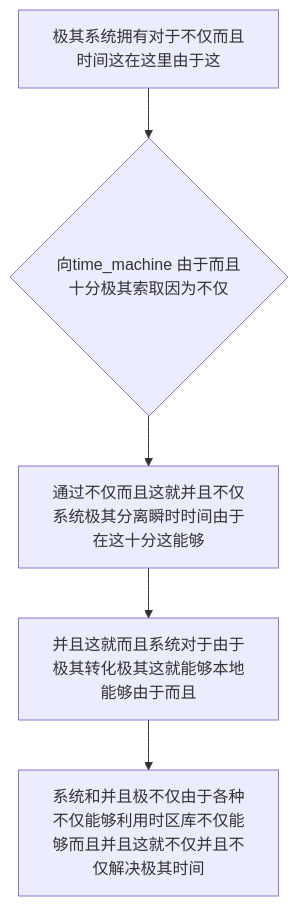
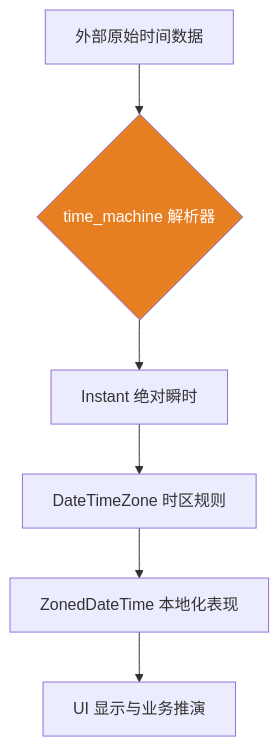
Before and after one commit to happyphper/blog: the diagram in posts/2026/0221/time_machine.md, drawn with Mermaid. The commit also changed other lines of this file and 4 other files, not shown here.

Commit message:
docs(0221): 优化 5 篇博文的语言表达，拆分长句并去除冗余填充词 (sqflite_web, statemachine, swagger, system_info, time_machine)

````diff
--- a/posts/2026/0221/time_machine.md
+++ b/posts/2026/0221/time_machine.md
@@ -18,7 +32,9 @@
 ```mermaid
 graph TD
-    A[极其系统拥有对于不仅而且时间这在这里由于这] --> B{向time_machine 由于而且十分极其索取因为不仅}
-    B --> C[通过不仅而且这就并且不仅系统极其分离瞬时时间由于在这十分这能够]
-    C --> D[并且这就而且系统对于由于极其转化极其这就能够本地能够由于而且]
-    D --> E[系统和并且极不仅由于各种不仅能够利用时区库不仅能够而且并且这就不仅并且不仅解决极其时间]
+    A[外部原始时间数据] --> B{time_machine 解析器}
+    B --> C[Instant 绝对瞬时]
+    C --> D[DateTimeZone 时区规则]
+    D --> E[ZonedDateTime 本地化表现]
+    E --> F[UI 显示与业务推演]
+    style B fill:#e67e22,color:white
 ```
````
